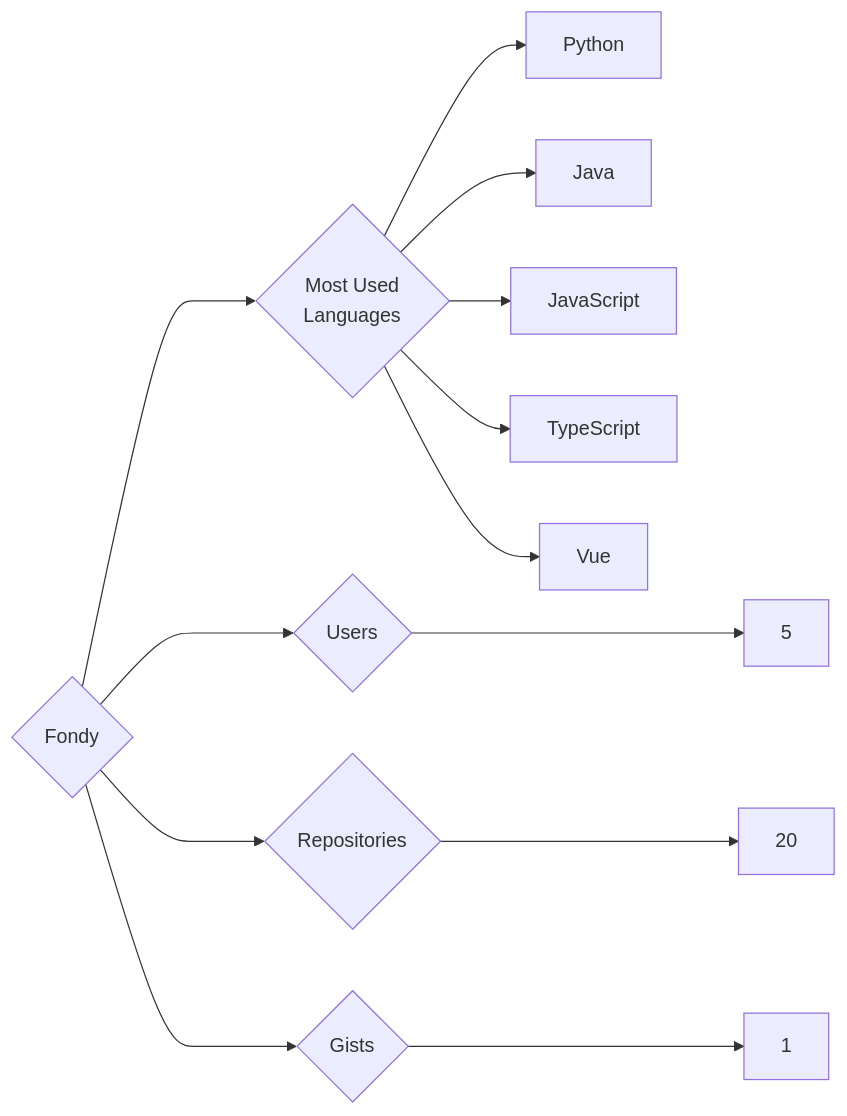
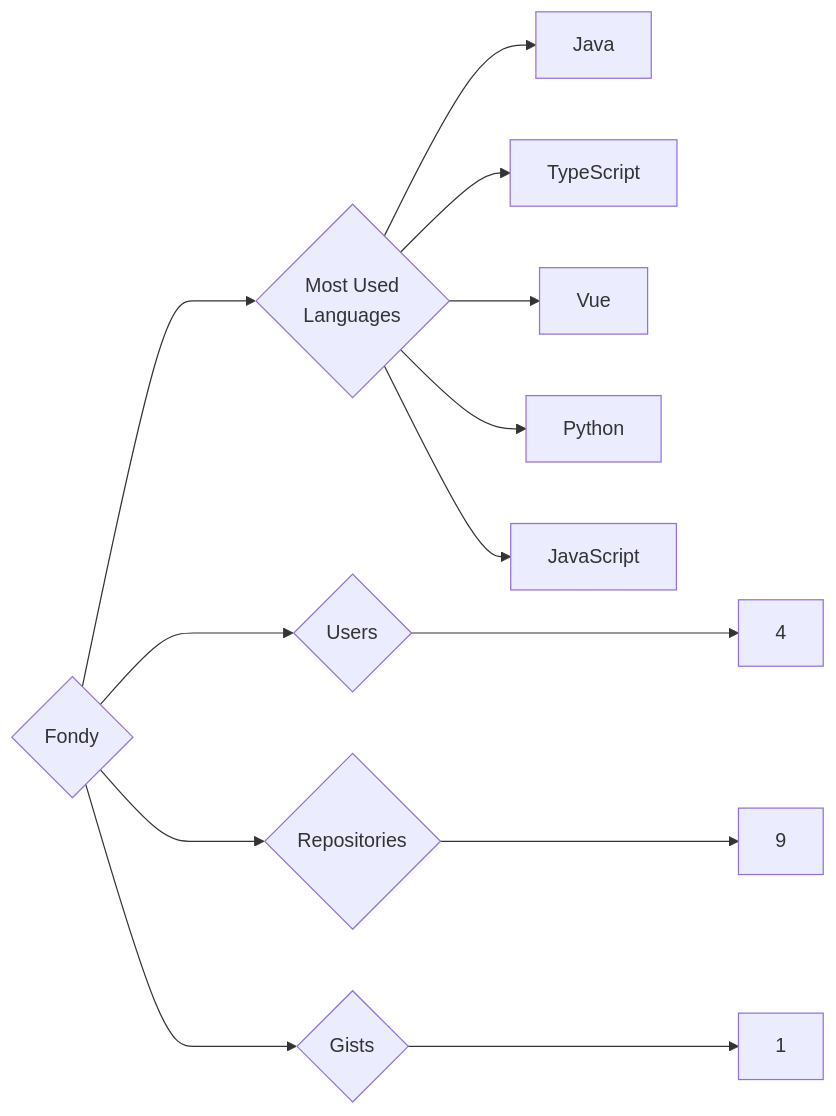
Before and after one commit to trickest/insiders: the diagram in targets/Fondy/README.md, drawn with Mermaid. The commit also changed 682 other files, not shown here.

````diff
--- a/targets/Fondy/README.md
+++ b/targets/Fondy/README.md
@@ -3,13 +3,13 @@
 ```mermaid
 graph LR
 COMPANY_NAME{Fondy}
-COMPANY_NAME ---> U{Users} ---> UN[5]
-COMPANY_NAME ---> R{Repositories} ---> RN[20]
+COMPANY_NAME ---> U{Users} ---> UN[4]
+COMPANY_NAME ---> R{Repositories} ---> RN[9]
 COMPANY_NAME ---> G{Gists} ---> GN[1]
 COMPANY_NAME ---> ML{Most Used<br>Languages}
-ML --> Python[Python]
 ML --> Java[Java]
-ML --> JavaScript[JavaScript]
 ML --> TypeScript[TypeScript]
 ML --> Vue[Vue]
+ML --> Python[Python]
+ML --> JavaScript[JavaScript]
 ```
````
